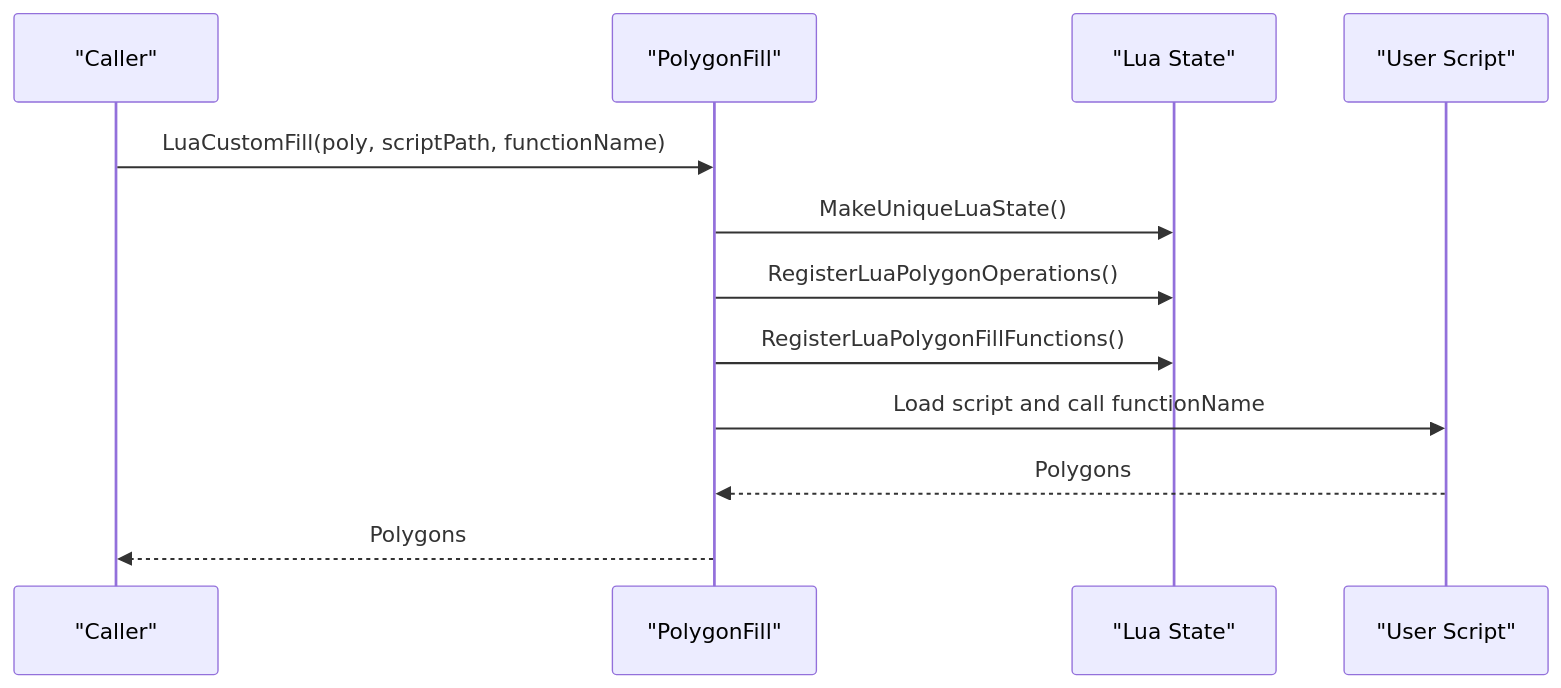
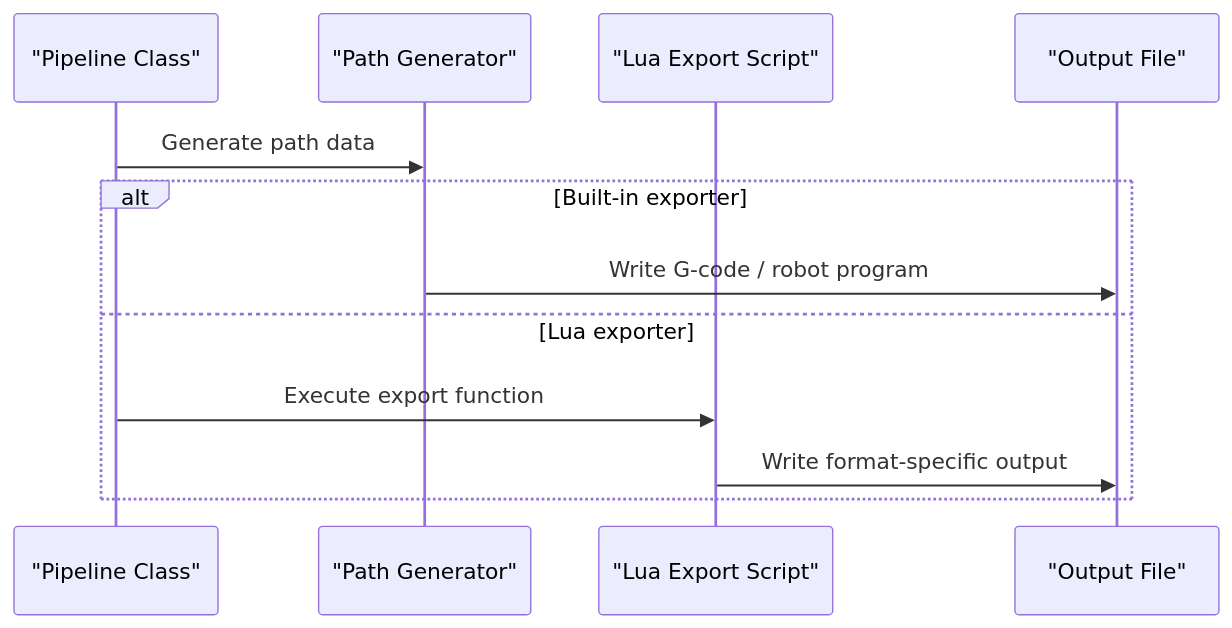
The sixth of 11 diagrams in .qoder/repowiki/en/content/Extension Development/Extension Development.md (hsmbanlance/HsBaSlicer), drawn with Mermaid before and after one commit. The commit also changed other lines of this file and 1095 other files, not shown here.

````diff
--- a/.qoder/repowiki/en/content/Extension Development/Extension Development.md
+++ b/.qoder/repowiki/en/content/Extension Development/Extension Development.md
@@ -292,14 +271,14 @@
 ```mermaid
 sequenceDiagram
-participant Caller as "Caller"
-participant Fill as "PolygonFill"
-participant Lua as "Lua State"
-participant Script as "User Script"
-Caller->>Fill : LuaCustomFill(poly, scriptPath, functionName)
-Fill->>Lua : MakeUniqueLuaState()
-Fill->>Lua : RegisterLuaPolygonOperations()
-Fill->>Lua : RegisterLuaPolygonFillFunctions()
-Fill->>Script : Load script and call functionName
-Script-->>Fill : Polygons
-Fill-->>Caller : Polygons
+participant Pipe as "Pipeline Class"
+participant Path as "Path Generator"
+participant Lua as "Lua Export Script"
+participant File as "Output File"
+Pipe->>Path : Generate path data
+alt Built-in exporter
+Path->>File : Write G-code / robot program
+else Lua exporter
+Pipe->>Lua : Execute export function
+Lua->>File : Write format-specific output
+end
 ```
````
